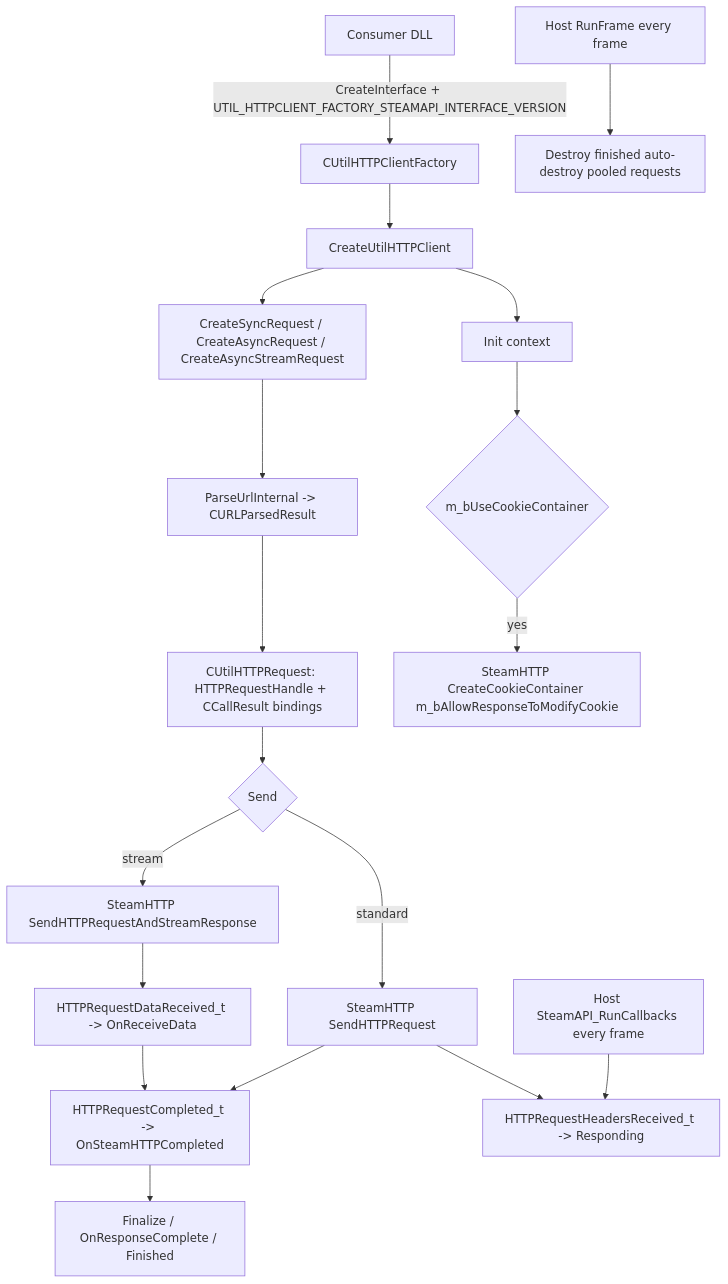
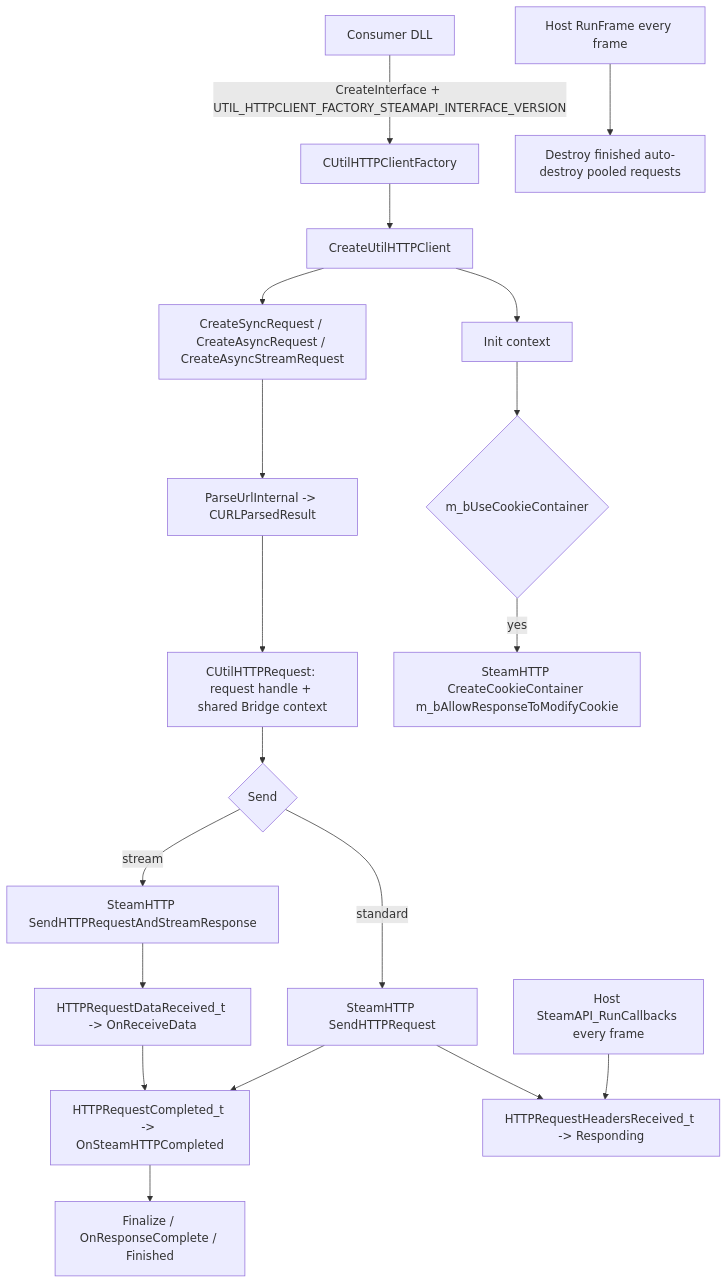
The diagram in memory/project_overview.md (MetaHookSv/UtilHTTPClient_SteamAPI), drawn with Mermaid before and after one commit. The commit also changed other lines of this file and 8 other files, not shown here.

````diff
--- a/memory/project_overview.md
+++ b/memory/project_overview.md
@@ -49,21 +49,21 @@
 ```mermaid
 flowchart TD
   A[Consumer DLL] -->|CreateInterface + UTIL_HTTPCLIENT_FACTORY_STEAMAPI_INTERFACE_VERSION| B[CUtilHTTPClientFactory]
   B --> C[CreateUtilHTTPClient]
   C --> D[Init context]
   D --> E{m_bUseCookieContainer}
   E -->|yes| F[SteamHTTP CreateCookieContainer m_bAllowResponseToModifyCookie]
   C --> G[CreateSyncRequest / CreateAsyncRequest / CreateAsyncStreamRequest]
   G --> H[ParseUrlInternal -> CURLParsedResult]
-  H --> I[CUtilHTTPRequest: HTTPRequestHandle + CCallResult bindings]
+  H --> I[CUtilHTTPRequest: request handle + shared Bridge context]
   I --> J{Send}
   J -->|standard| K[SteamHTTP SendHTTPRequest]
   J -->|stream| L[SteamHTTP SendHTTPRequestAndStreamResponse]
   K --> M[HTTPRequestHeadersReceived_t -> Responding]
   K --> N[HTTPRequestCompleted_t -> OnSteamHTTPCompleted]
   L --> O[HTTPRequestDataReceived_t -> OnReceiveData]
   O --> N
   N --> P[Finalize / OnResponseComplete / Finished]
   Q[Host SteamAPI_RunCallbacks every frame] --> M
   R[Host RunFrame every frame] --> S[Destroy finished auto-destroy pooled requests]
 ```
````
